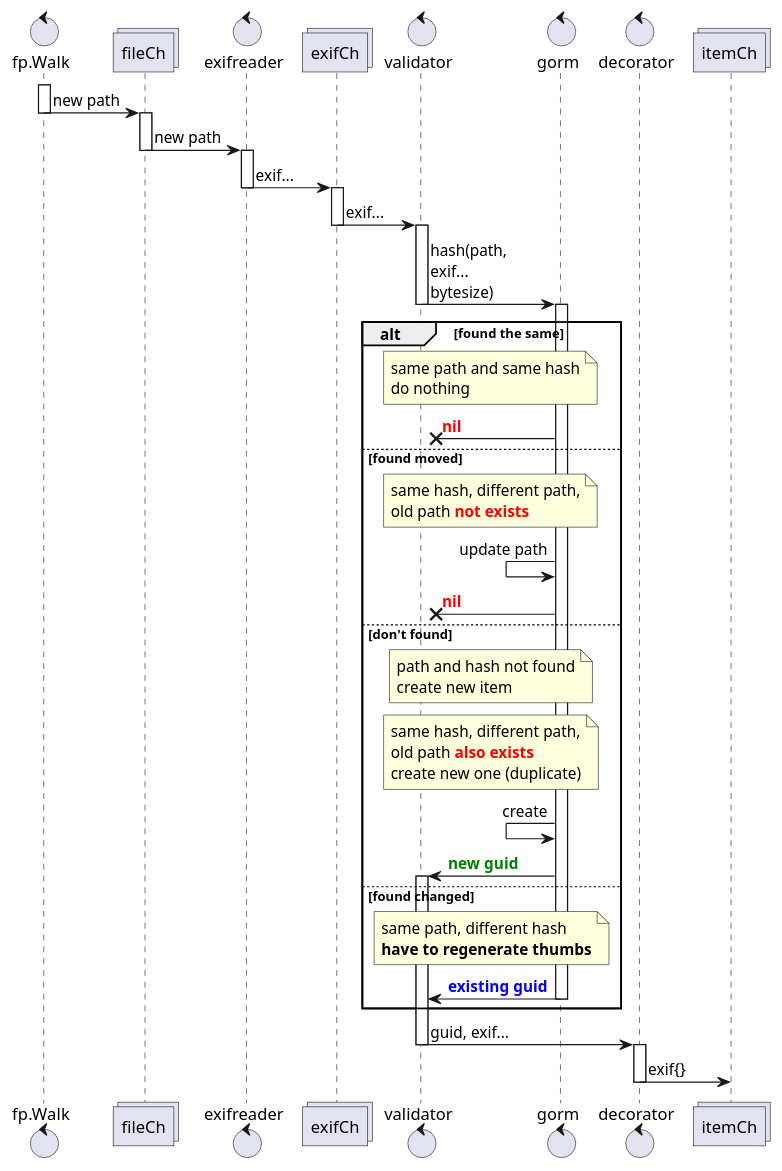
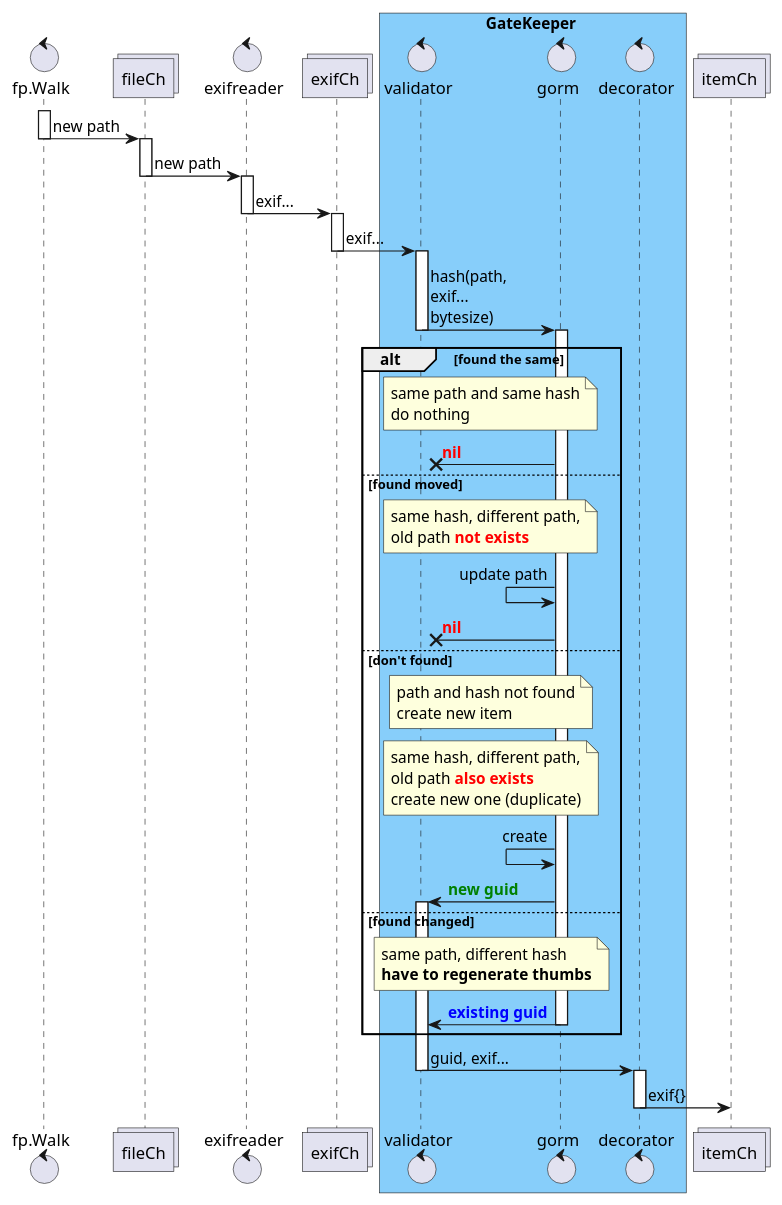
Before and after one commit to eggs-gd/Perceptrail: the diagram in _sb/Walker.puml, drawn with PlantUML. The commit also changed 21 other files, not shown here.

```diff
--- a/_sb/Walker.puml
+++ b/_sb/Walker.puml
@@ -1,76 +1,77 @@
 @startuml Walker and validating
 
 control fp.Walk
 collections fileCh
 
 control exifreader
 collections exifCh
 
+box GateKeeper #LightSkyBlue
 control validator
-
 control gorm
 control decorator
+end box
 collections itemCh
 
 
 activate fp.Walk
 fp.Walk -> fileCh: new path
 deactivate fp.Walk
 activate fileCh
 fileCh -> exifreader: new path
 deactivate fileCh
 activate exifreader
 exifreader -> exifCh: exif...
 deactivate exifreader
 activate exifCh
 exifCh -> validator: exif...
 deactivate exifCh
 activate validator
 
 validator -> gorm: hash(path,\nexif...\nbytesize)
 deactivate validator
 activate gorm
 
 alt found the same
     note over validator, gorm: same path and same hash\ndo nothing
     gorm ->x validator: <font color=red><b>nil
 
 else found moved
     note over validator, gorm
     same hash, different path,
     old path <b><font color=red>not exists
     end note
     gorm <- gorm: update path
     gorm ->x validator: <font color=red><b>nil
 
 else don't found
     note over validator, gorm
     path and hash not found
     create new item
     end note
     note over validator, gorm
     same hash, different path,
     old path <b><font color=red>also exists
     create new one (duplicate)
     end note
     gorm <- gorm: create
     gorm -> validator: <font color=green><b>new guid
     activate validator
 
 else found changed
     note over validator, gorm
     same path, different hash
     <b>have to regenerate thumbs
     end note
     gorm -> validator: <font color=blue><b>existing guid
     deactivate gorm
 
 end
 
 validator -> decorator: guid, exif...
 deactivate validator
 activate decorator
 decorator -> itemCh: exif{} 
 deactivate decorator
 
 @enduml
```
